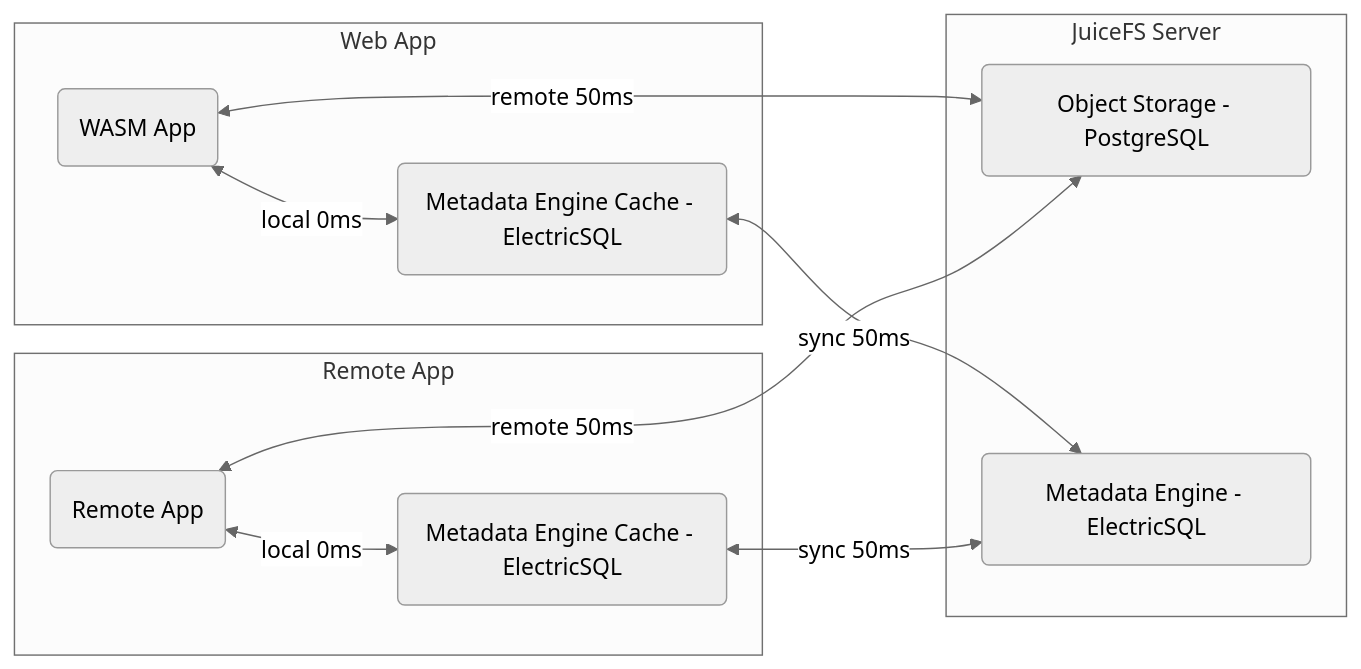
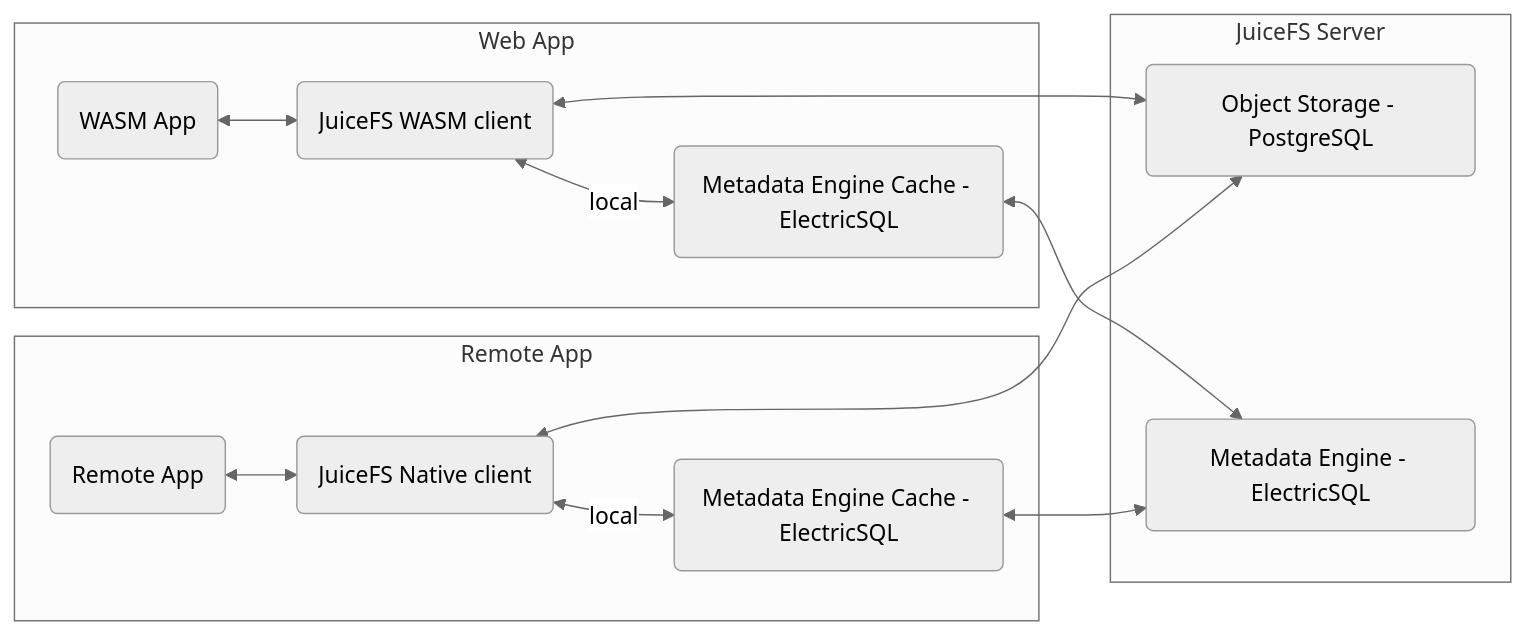
The second of 2 diagrams in docs/pages/future_plans/index.md (udevbe/greenfield), drawn with Mermaid (neutral theme) before and after one commit. The commit also changed 1 other file, not shown here.

Commit message:
more wip

````diff
--- a/docs/pages/future_plans/index.md
+++ b/docs/pages/future_plans/index.md
@@ -34,22 +34,26 @@
 ```mermaid
 graph LR
 
 subgraph JuiceFS Server
     ds(Object Storage - PostgreSQL)
     Mds(Metadata Engine - ElectricSQL)
 end
 
 subgraph Web App
-    AppA(WASM App)<-->|local 0ms|MdsC(Metadata Engine Cache - ElectricSQL)
-    AppA(WASM App)<-->|remote 50ms|ds
+    AppA(WASM App)<-->jfswasm(JuiceFS WASM client)
 
-    MdsC<-->|sync 50ms|Mds
+    jfswasm<-->|local|MdsC(Metadata Engine Cache - ElectricSQL)
+    jfswasm<-->ds
+
+    MdsC<-->Mds
 end
 
 subgraph Remote App
-    AppB(Remote App)<-->|local 0ms|MdsCA(Metadata Engine Cache - ElectricSQL)
-    AppB(Remote App)<-->|remote 50ms|ds
+    AppB(Remote App)<-->jfsnative(JuiceFS Native client)
 
-    MdsCA<-->|sync 50ms|Mds
+    jfsnative<-->|local|MdsCA(Metadata Engine Cache - ElectricSQL)
+    jfsnative<-->ds
+
+    MdsCA<-->Mds
 end
 ```
````
